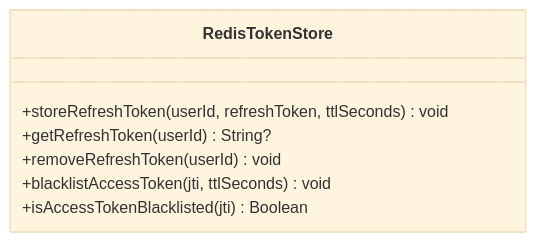
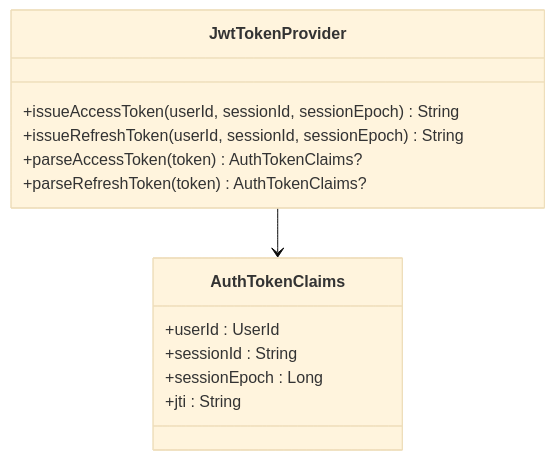
One commit to ddd-mall/j-store changed the fifth of 9 diagrams in .qoder/repowiki/en/content/User Authentication Module/User Authentication Module.md. Above: the diagram before and after it, drawn with Mermaid (base theme). The commit also changed other lines of this file and 334 other files, not shown here.

````diff
--- a/.qoder/repowiki/en/content/User Authentication Module/User Authentication Module.md
+++ b/.qoder/repowiki/en/content/User Authentication Module/User Authentication Module.md
@@ -216,10 +235,16 @@
 ```mermaid
 classDiagram
-class RedisTokenStore {
-+storeRefreshToken(userId, refreshToken, ttlSeconds) void
-+getRefreshToken(userId) String?
-+removeRefreshToken(userId) void
-+blacklistAccessToken(jti, ttlSeconds) void
-+isAccessTokenBlacklisted(jti) Boolean
+class JwtTokenProvider {
++issueAccessToken(userId, sessionId, sessionEpoch) String
++issueRefreshToken(userId, sessionId, sessionEpoch) String
++parseAccessToken(token) AuthTokenClaims?
++parseRefreshToken(token) AuthTokenClaims?
 }
+class AuthTokenClaims {
++userId : UserId
++sessionId : String
++sessionEpoch : Long
++jti : String
+}
+JwtTokenProvider --> AuthTokenClaims
 ```
````
